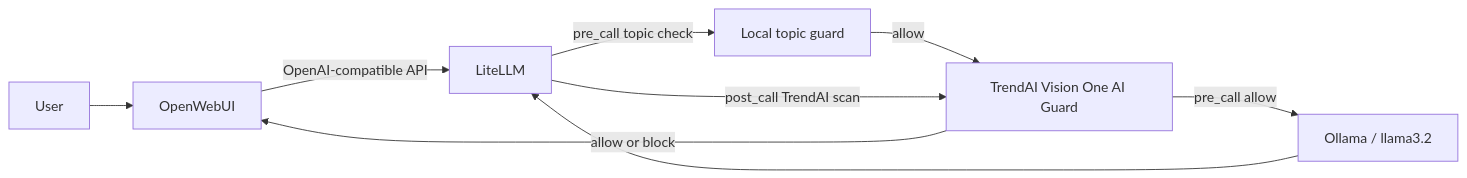
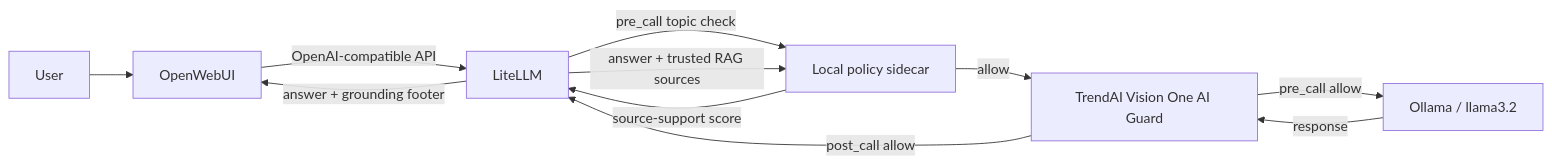
Before and after one commit to trend-stefano-olivieri/open-webui-tm-v1-ai-guard-litellm-plugin: the diagram in README.md, drawn with Mermaid. The commit also changed other lines of this file and 18 other files, not shown here.

````diff
--- a/README.md
+++ b/README.md
@@ -11,11 +11,13 @@
 ```mermaid
 flowchart LR
     U[User] --> W[OpenWebUI]
     W -->|OpenAI-compatible API| L[LiteLLM]
-    L -->|pre_call topic check| T[Local topic guard]
+    L -->|pre_call topic check| T[Local policy sidecar]
     T -->|allow| G[TrendAI Vision One AI Guard]
     G -->|pre_call allow| O[Ollama / llama3.2]
-    O --> L
-    L -->|post_call TrendAI scan| G
-    G -->|allow or block| W
+    O -->|response| G
+    G -->|post_call allow| L
+    L -->|answer + trusted RAG sources| T
+    T -->|source-support score| L
+    L -->|answer + grounding footer| W
 ```
````
